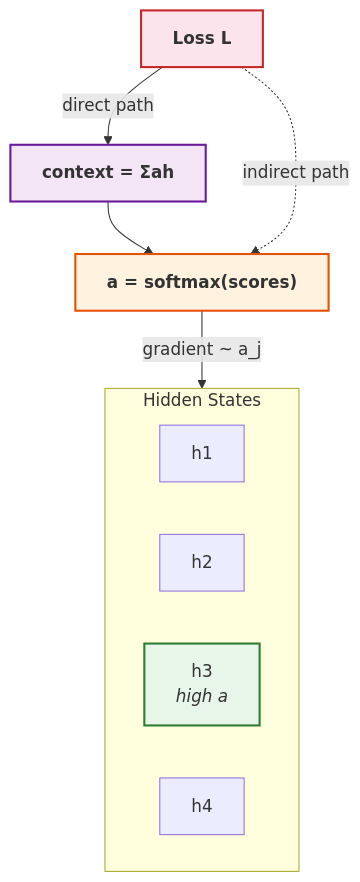
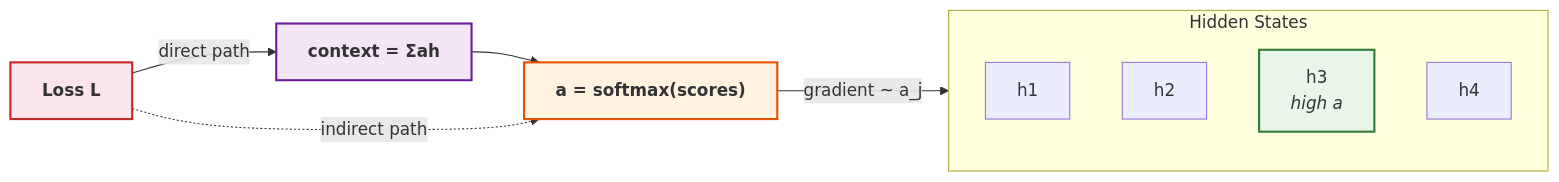
The diagram in part-1-foundations/module-03-sequence-models-attention/images/fig-3.2.4-gradient-attention.mmd (ApartsinProjects/LLMBook), drawn with Mermaid before and after one commit. The commit also changed 1245 other files, not shown here.

```diff
--- a/part-1-foundations/module-03-sequence-models-attention/images/fig-3.2.4-gradient-attention.mmd
+++ b/part-1-foundations/module-03-sequence-models-attention/images/fig-3.2.4-gradient-attention.mmd
@@ -1,21 +1,21 @@
-flowchart TB
+flowchart LR
     LOSS["<b>Loss L</b>"]
     CTX["<b>context = &Sigma;ah</b>"]
     SOFT["<b>a = softmax(scores)</b>"]
     subgraph HIDDEN["Hidden States"]
-        direction LR
+        direction TB
         H1["h1"]
         H2["h2"]
         H3["h3<br/><i>high a</i>"]
         H4["h4"]
     end
 
     LOSS -->|"direct path"| CTX
     CTX --> SOFT
     SOFT -->|"gradient ~ a_j"| HIDDEN
     LOSS -.->|"indirect path"| SOFT
 
     style LOSS fill:#fce4ec,stroke:#c62828,stroke-width:2px
     style CTX fill:#f3e5f5,stroke:#6a1b9a,stroke-width:2px
     style SOFT fill:#fff3e0,stroke:#e65100,stroke-width:2px
     style H3 fill:#e8f5e9,stroke:#2e7d32,stroke-width:2px
```
